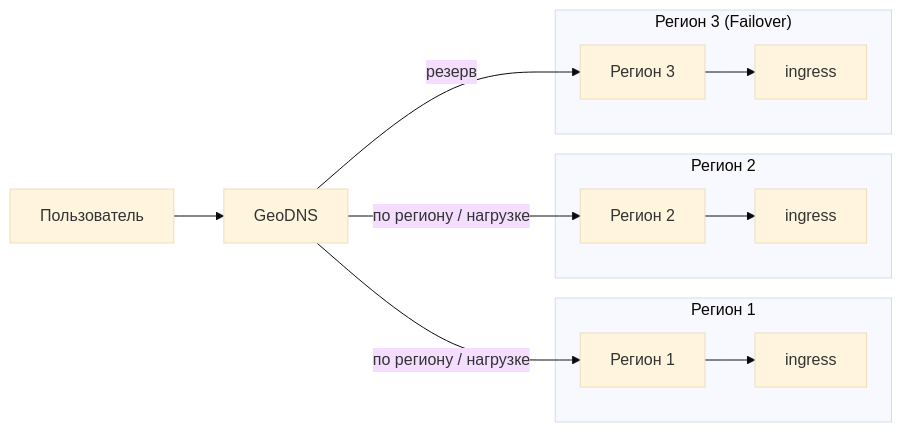
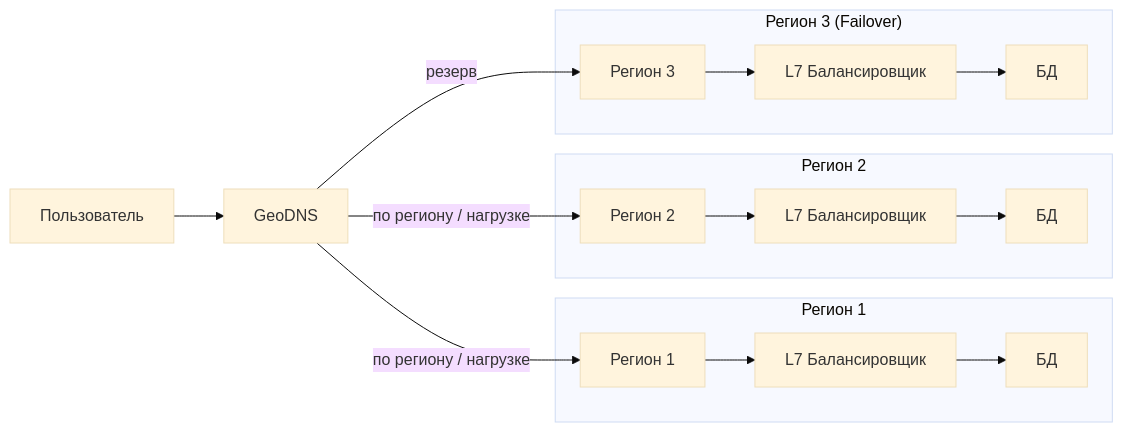
One commit to onionfriend2004/Highload_VK_Coursework changed the first of 3 diagrams in README.md. Above: the diagram before and after it, drawn with Mermaid (base theme). The commit also changed other lines of this file and 1 other file, not shown here.

````diff
--- a/README.md
+++ b/README.md
@@ -293,17 +296,25 @@
 ```mermaid
 flowchart LR
     U[Пользователь] --> D[GeoDNS]
     D -->|по региону / нагрузке| R1[Регион 1]
     D -->|по региону / нагрузке| R2[Регион 2]
     D -->|резерв| R3[Регион 3]
-    
+
+    %% Регион 1
     subgraph "Регион 1"
-        R1 --> A1[ingress]
+        R1 --> LB1[L7 Балансировщик]
+        LB1 --> P1[БД]
     end
+
+    %% Регион 2
     subgraph "Регион 2"
-        R2 --> A2[ingress]
+        R2 --> LB2[L7 Балансировщик]
+        LB2 --> P2[БД]
     end
+
+    %% Регион 3 (Failover)
     subgraph "Регион 3 (Failover)"
-        R3 --> A3[ingress]
+        R3 --> LB3[L7 Балансировщик]
+        LB3 --> P3[БД]
     end
 ```
````
